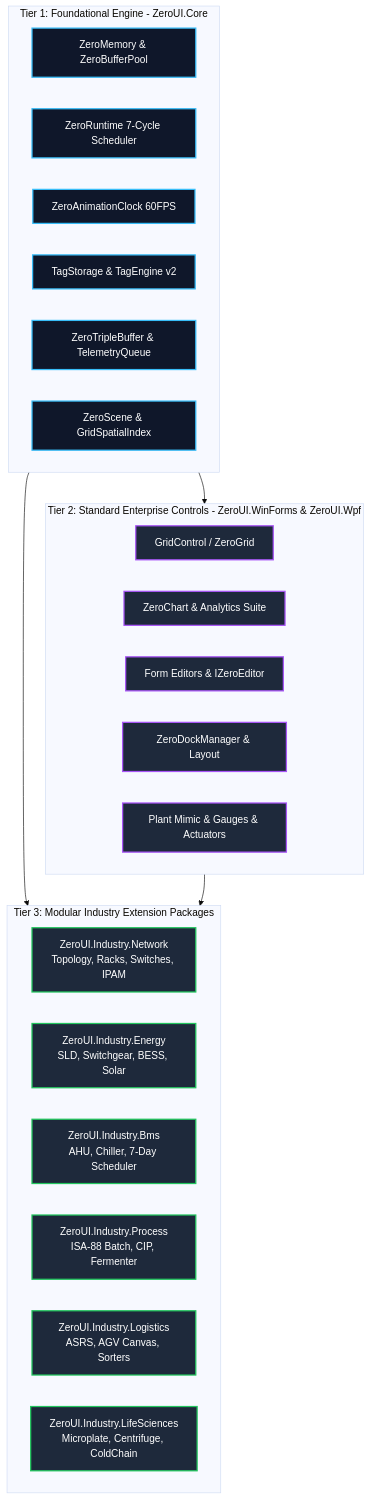
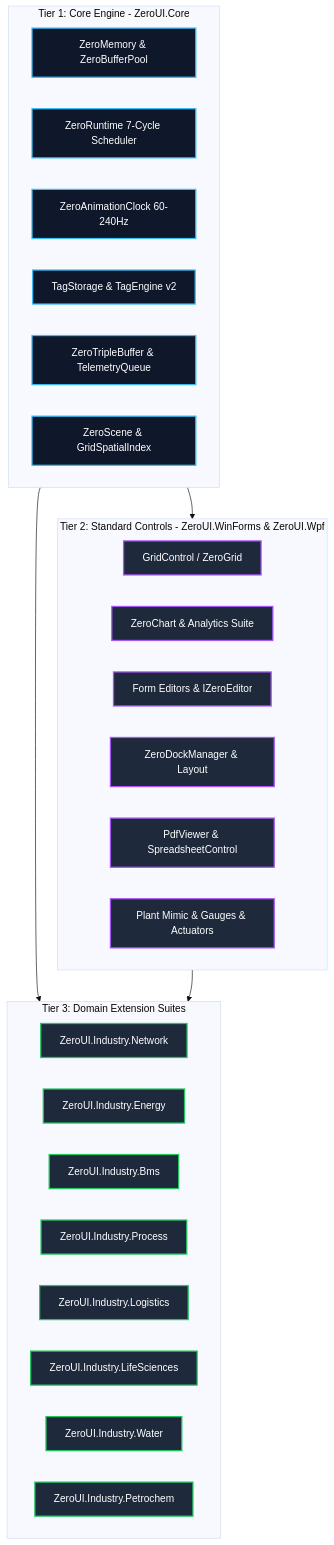
The second of 2 diagrams in docs/proposals.md (kzxl/ZeroUI), drawn with Mermaid (base theme) before and after one commit. The commit also changed other lines of this file, not shown here.

Commit message:
docs(proposals): streamline catalog, archive delivered phases, and establish active Grid roadmap

````diff
--- a/docs/proposals.md
+++ b/docs/proposals.md
@@ -583,36 +230,39 @@
 ```mermaid
 graph TD
     classDef tier1 fill:#0f172a,stroke:#38bdf8,stroke-width:2px,color:#fff;
     classDef tier2 fill:#1e293b,stroke:#a855f7,stroke-width:2px,color:#fff;
     classDef tier3 fill:#1e293b,stroke:#22c55e,stroke-width:2px,color:#fff;
 
-    subgraph Tier1 [Tier 1: Foundational Engine - ZeroUI.Core]
+    subgraph Tier1 [Tier 1: Core Engine - ZeroUI.Core]
         CoreMem[ZeroMemory & ZeroBufferPool]:::tier1
         CoreSched[ZeroRuntime 7-Cycle Scheduler]:::tier1
-        CoreClock[ZeroAnimationClock 60FPS]:::tier1
+        CoreClock[ZeroAnimationClock 60-240Hz]:::tier1
         CoreTag[TagStorage & TagEngine v2]:::tier1
         CorePipe[ZeroTripleBuffer & TelemetryQueue]:::tier1
         CoreScene[ZeroScene & GridSpatialIndex]:::tier1
     end
 
-    subgraph Tier2 [Tier 2: Standard Enterprise Controls - ZeroUI.WinForms & ZeroUI.Wpf]
+    subgraph Tier2 [Tier 2: Standard Controls - ZeroUI.WinForms & ZeroUI.Wpf]
         Grid[GridControl / ZeroGrid]:::tier2
         Charts[ZeroChart & Analytics Suite]:::tier2
         Editors[Form Editors & IZeroEditor]:::tier2
         Docking[ZeroDockManager & Layout]:::tier2
+        Reporting[PdfViewer & SpreadsheetControl]:::tier2
         BaseIndustrial[Plant Mimic & Gauges & Actuators]:::tier2
     end
 
-    subgraph Tier3 [Tier 3: Modular Industry Extension Packages]
-        PackNet[ZeroUI.Industry.Network<br/>Topology, Racks, Switches, IPAM]:::tier3
-        PackEnergy[ZeroUI.Industry.Energy<br/>SLD, Switchgear, BESS, Solar]:::tier3
-        PackBms[ZeroUI.Industry.Bms<br/>AHU, Chiller, 7-Day Scheduler]:::tier3
-        PackProcess[ZeroUI.Industry.Process<br/>ISA-88 Batch, CIP, Fermenter]:::tier3
-        PackLogistics[ZeroUI.Industry.Logistics<br/>ASRS, AGV Canvas, Sorters]:::tier3
-        PackLifeSci[ZeroUI.Industry.LifeSciences<br/>Microplate, Centrifuge, ColdChain]:::tier3
+    subgraph Tier3 [Tier 3: Domain Extension Suites]
+        PackNet[ZeroUI.Industry.Network]:::tier3
+        PackEnergy[ZeroUI.Industry.Energy]:::tier3
+        PackBms[ZeroUI.Industry.Bms]:::tier3
+        PackProcess[ZeroUI.Industry.Process]:::tier3
+        PackLogistics[ZeroUI.Industry.Logistics]:::tier3
+        PackLifeSci[ZeroUI.Industry.LifeSciences]:::tier3
+        PackWater[ZeroUI.Industry.Water]:::tier3
+        PackPetro[ZeroUI.Industry.Petrochem]:::tier3
     end
 
     Tier1 --> Tier2
     Tier1 --> Tier3
     Tier2 --> Tier3
 ```
````
